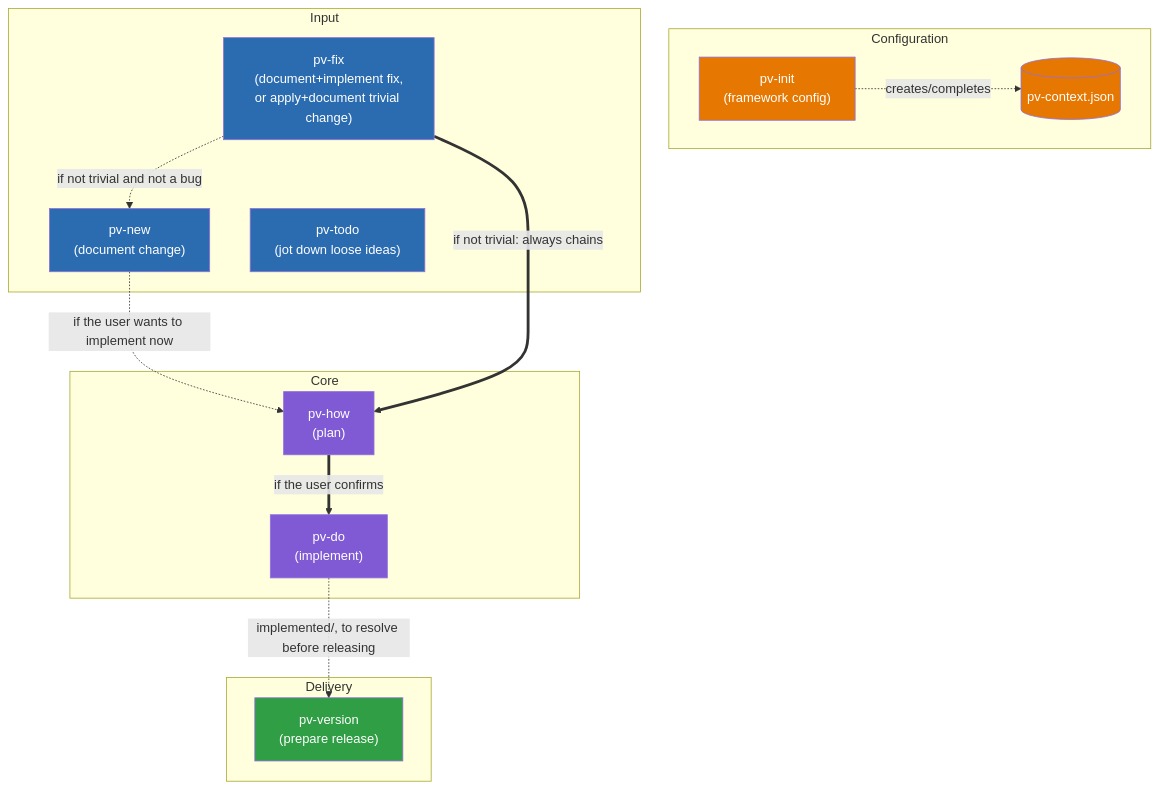
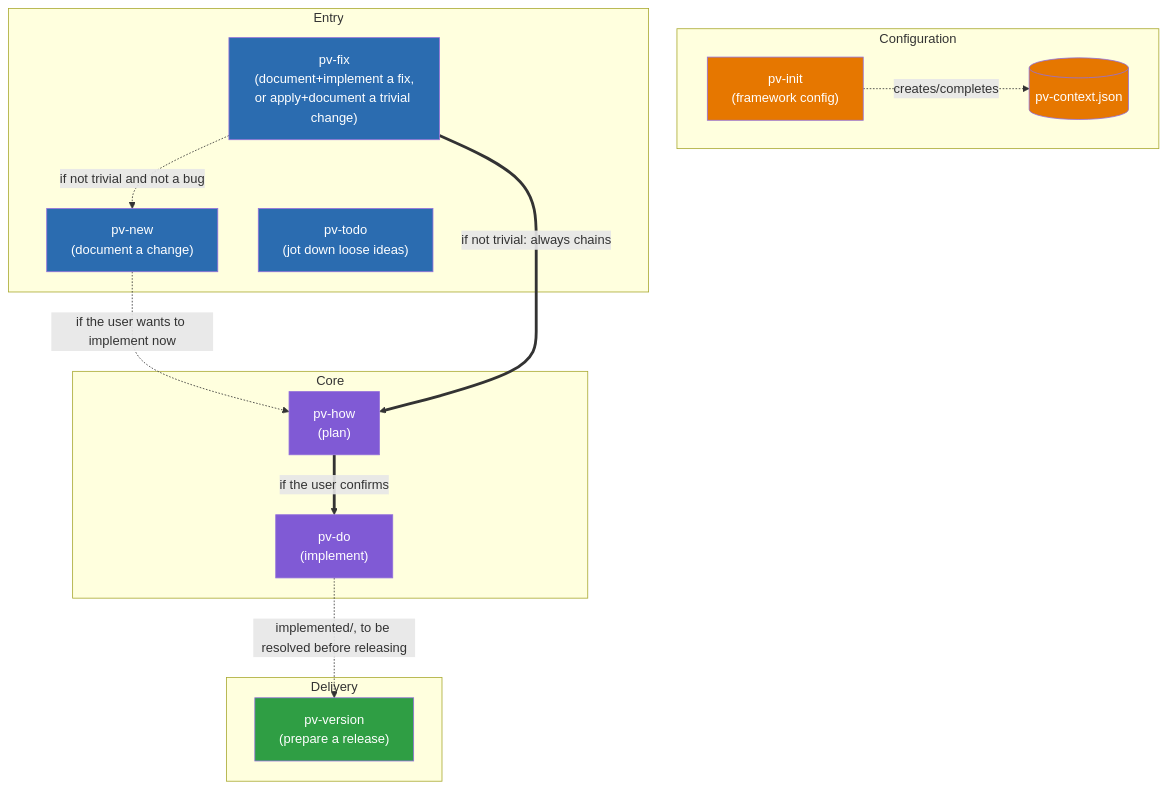
The diagram in .claude/pv-design.en.md (yeyopepe/previo), drawn with Mermaid before and after one commit. The commit also changed other lines of this file and 4 other files, not shown here.

````diff
--- a/.claude/pv-design.en.md
+++ b/.claude/pv-design.en.md
@@ -23,39 +23,39 @@
 ```mermaid
 graph TD
     subgraph Configuration
         pv_init["pv-init<br/>(framework config)"]
         pv_context[("pv-context.json")]
     end
 
-    subgraph Input
-        pv_new["pv-new<br/>(document change)"]
-        pv_fix["pv-fix<br/>(document+implement fix,<br/>or apply+document trivial change)"]
+    subgraph Entry
+        pv_new["pv-new<br/>(document a change)"]
+        pv_fix["pv-fix<br/>(document+implement a fix,<br/>or apply+document a trivial change)"]
         pv_todo["pv-todo<br/>(jot down loose ideas)"]
     end
 
     subgraph Core
         pv_how["pv-how<br/>(plan)"]
         pv_do["pv-do<br/>(implement)"]
     end
 
     subgraph Delivery
-        pv_version["pv-version<br/>(prepare release)"]
+        pv_version["pv-version<br/>(prepare a release)"]
     end
 
     pv_init -.->|creates/completes| pv_context
 
     pv_new -.->|"if the user wants to implement now"| pv_how
     pv_fix ==>|"if not trivial: always chains"| pv_how
     pv_fix -.->|"if not trivial and not a bug"| pv_new
     pv_how ==>|"if the user confirms"| pv_do
-    pv_do -.->|"implemented/, to resolve before releasing"| pv_version
+    pv_do -.->|"implemented/, to be resolved before releasing"| pv_version
 
     classDef entry fill:#2b6cb0,color:#fff
     classDef core fill:#805ad5,color:#fff
     classDef config fill:#e67700,color:#fff
     classDef delivery fill:#2f9e44,color:#fff
     class pv_new,pv_fix,pv_todo entry
     class pv_how,pv_do core
     class pv_init,pv_context config
     class pv_version delivery
 ```
````
